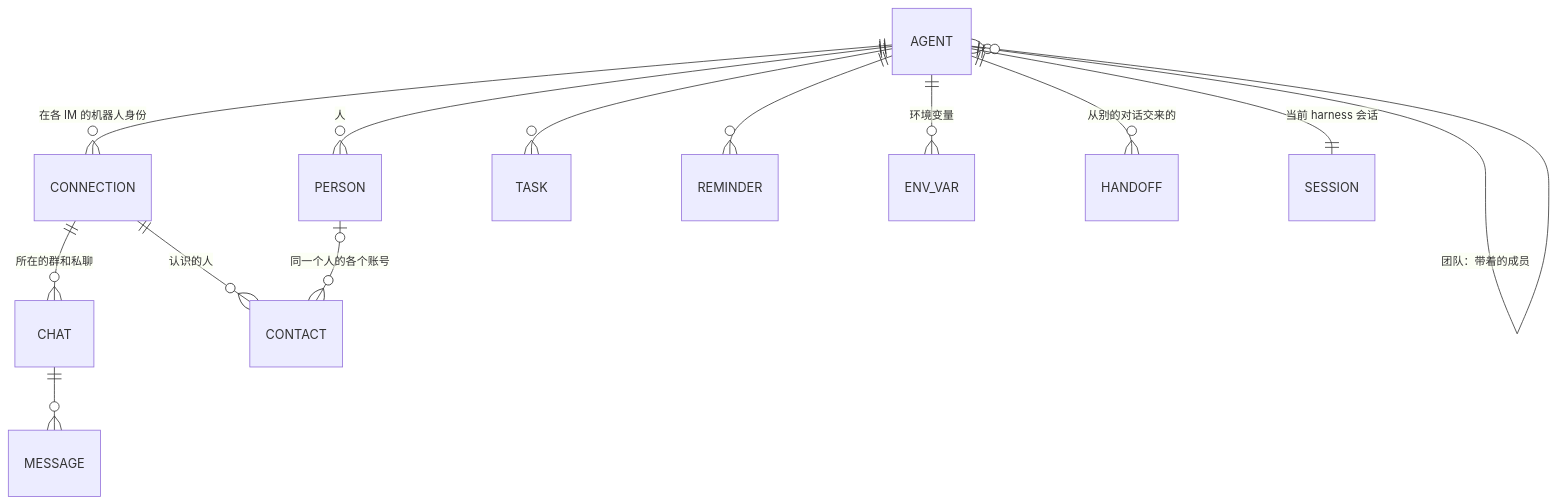
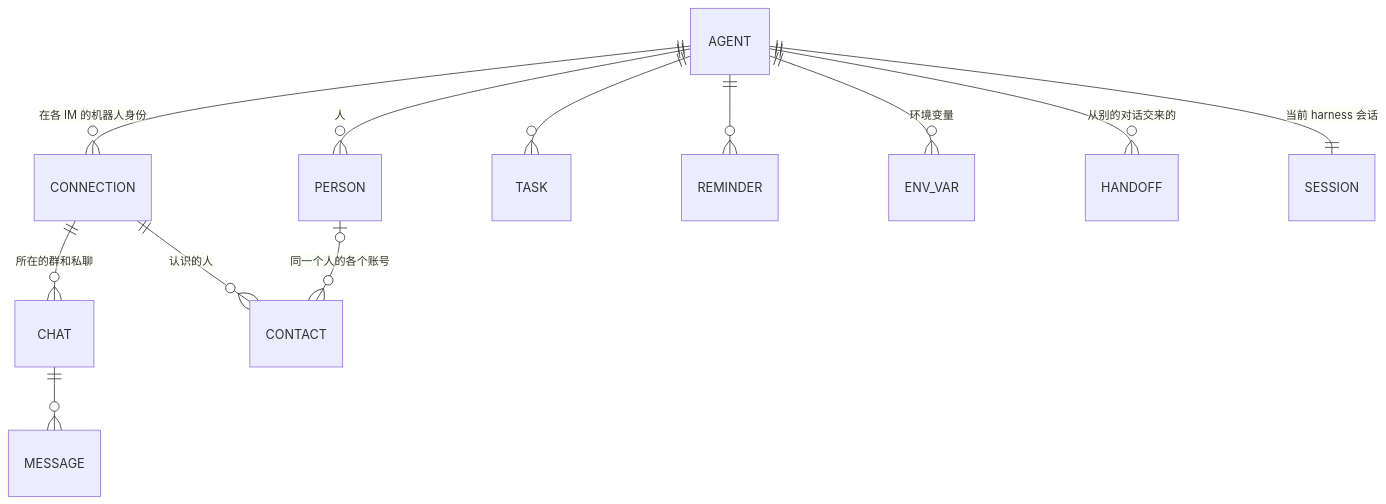
One commit to Katzeee/Mingle changed the first of 5 diagrams in docs/spec.md. Above: the diagram before and after it, drawn with Mermaid. The commit also changed other lines of this file and 27 other files, not shown here.

````diff
--- a/docs/spec.md
+++ b/docs/spec.md
@@ -70,15 +70,14 @@
 ```mermaid
 erDiagram
   AGENT ||--o{ CONNECTION : "在各 IM 的机器人身份"
   CONNECTION ||--o{ CHAT : "所在的群和私聊"
   CONNECTION ||--o{ CONTACT : "认识的人"
   AGENT ||--o{ PERSON : "人"
   PERSON |o--o{ CONTACT : "同一个人的各个账号"
   CHAT ||--o{ MESSAGE : ""
   AGENT ||--o{ TASK : ""
   AGENT ||--o{ REMINDER : ""
   AGENT ||--o{ ENV_VAR : "环境变量"
   AGENT ||--o{ HANDOFF : "从别的对话交来的"
-  AGENT |o--o{ AGENT : "团队：带着的成员"
   AGENT ||--|| SESSION : "当前 harness 会话"
 ```
````
